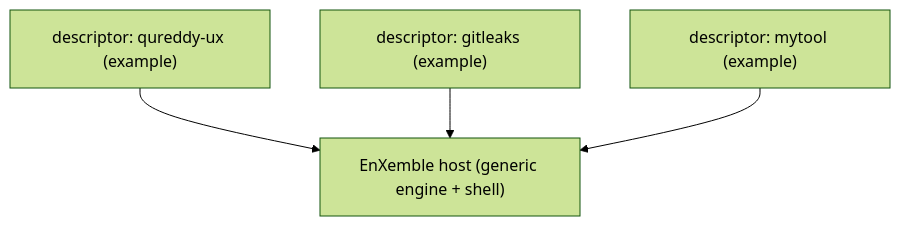
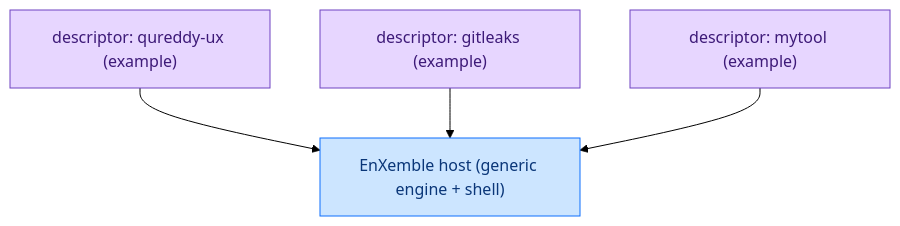
The diagram in docs/explanation/why-agnostic.md (paul007ex/breachsafe-ux), drawn with Mermaid (forest theme) before and after one commit. The commit also changed 10 other files, not shown here.

First line of the commit message:
docs: add semantic colour to the Mermaid diagrams (#156)

````diff
--- a/docs/explanation/why-agnostic.md
+++ b/docs/explanation/why-agnostic.md
@@ -34,10 +34,18 @@
 ```mermaid
 flowchart TD
     d1["descriptor: qureddy-ux (example)"]
     d2["descriptor: gitleaks (example)"]
     d3["descriptor: mytool (example)"]
     host["EnXemble host (generic engine + shell)"]
     d1 --> host
     d2 --> host
     d3 --> host
+    classDef valid       fill:#d4edda,stroke:#28a745,color:#155724;
+    classDef invalid     fill:#f8d7da,stroke:#dc3545,color:#721c24;
+    classDef unavailable fill:#fff3cd,stroke:#fd7e14,color:#7a4a00;
+    classDef process     fill:#cce5ff,stroke:#0d6efd,color:#0a3678;
+    classDef artifact    fill:#e2e3e5,stroke:#6c757d,color:#2f3336;
+    classDef external    fill:#e7d6ff,stroke:#6f42c1,color:#3d1a78;
+    class host process;
+    class d1,d2,d3 external;
 ```
````
